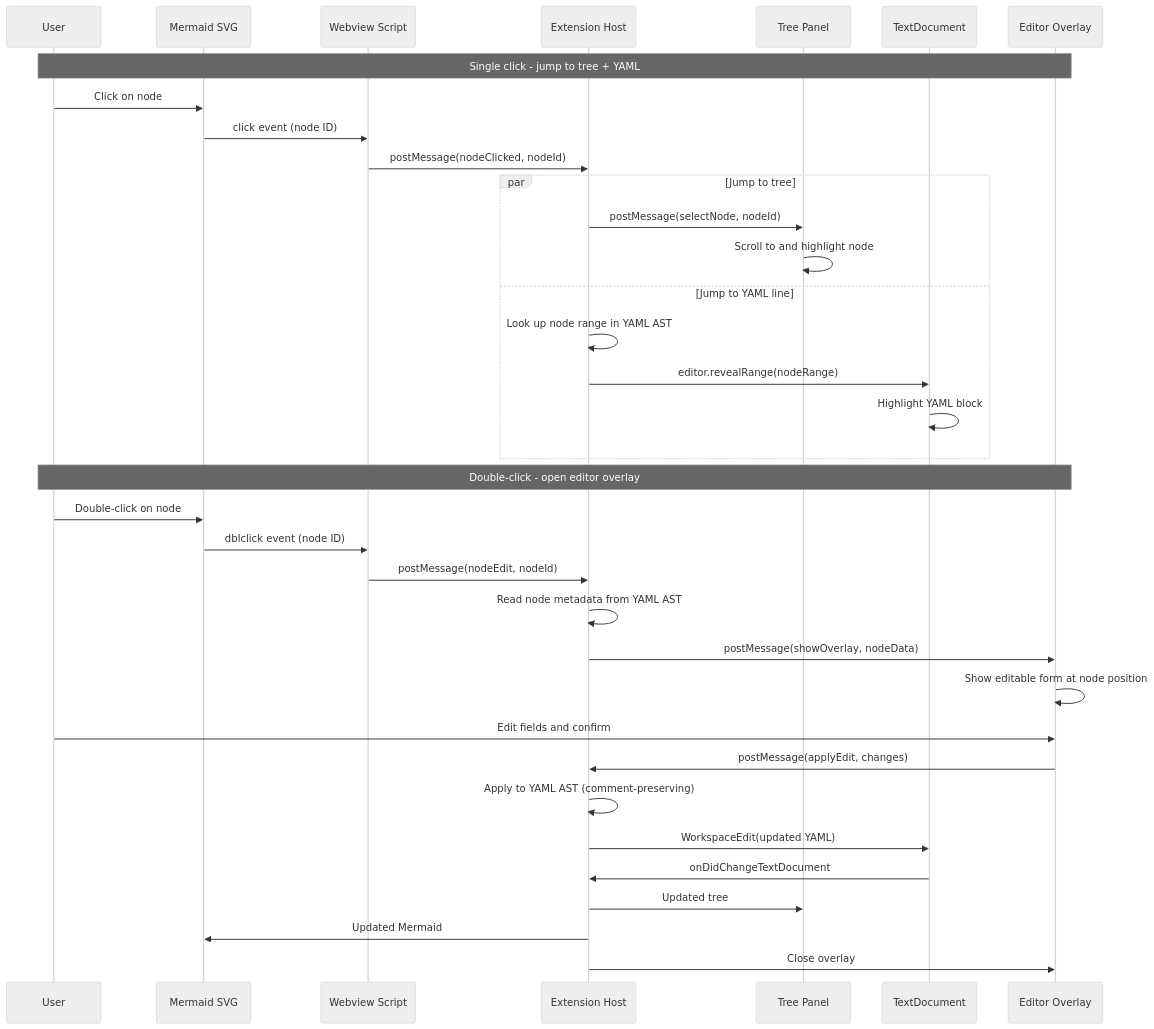
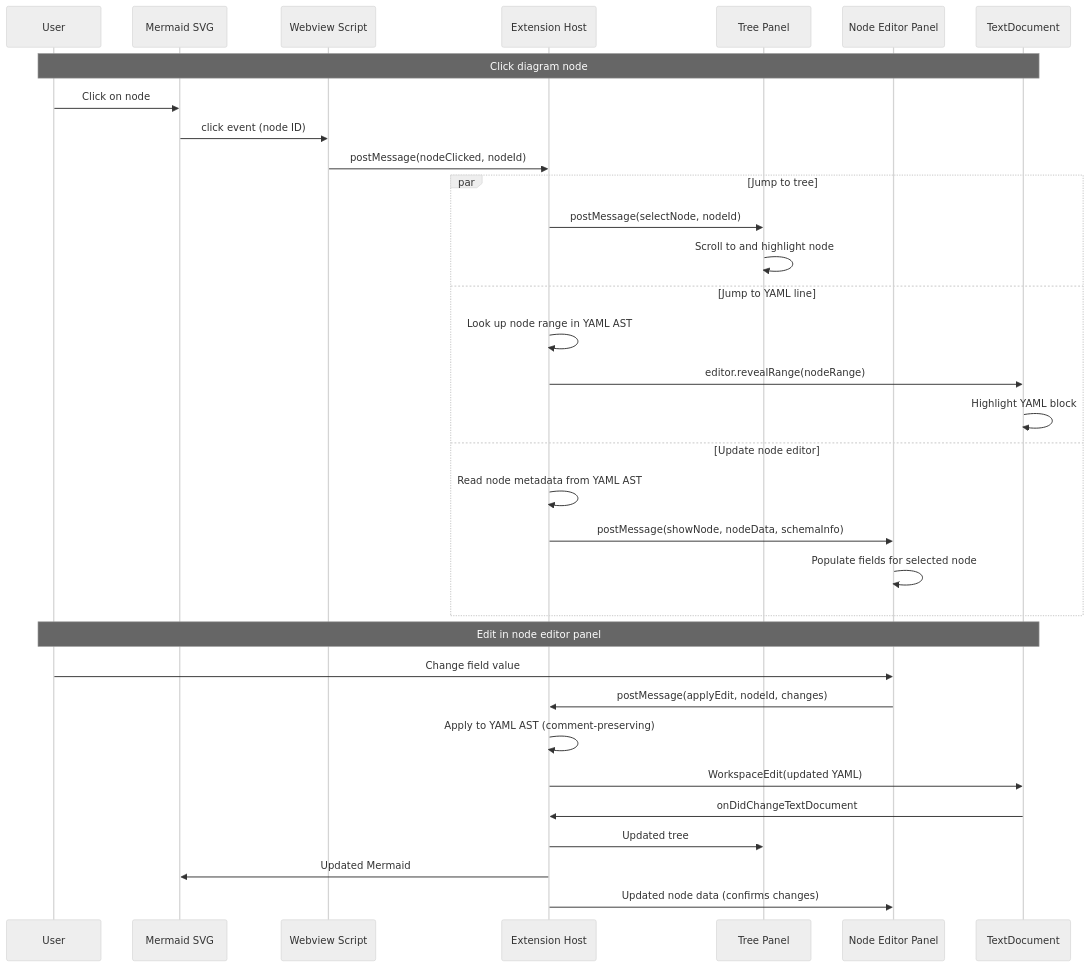
One commit to al-the-bear/tom_module_vscode changed diagram 15 of 35 in tom_vscode_extension/doc/yaml_graph.md. Above: the diagram before and after it, drawn with Mermaid (neutral theme). The commit also changed other lines of this file, not shown here.

Commit message:
Add node editor panel, config-only goal, converter callbacks, package integration strategy

````diff
--- a/tom_vscode_extension/doc/yaml_graph.md
+++ b/tom_vscode_extension/doc/yaml_graph.md
@@ -1206,41 +1336,38 @@
 ```mermaid
 sequenceDiagram
     participant User
     participant SVG as Mermaid SVG
     participant WV as Webview Script
     participant Ext as Extension Host
     participant Tree as Tree Panel
+    participant NE as Node Editor Panel
     participant Doc as TextDocument
-    participant Overlay as Editor Overlay
 
-    Note over User,Overlay: Single click - jump to tree + YAML
+    Note over User,Doc: Click diagram node
     User->>SVG: Click on node
     SVG->>WV: click event (node ID)
     WV->>Ext: postMessage(nodeClicked, nodeId)
 
     par Jump to tree
         Ext->>Tree: postMessage(selectNode, nodeId)
         Tree->>Tree: Scroll to and highlight node
     and Jump to YAML line
         Ext->>Ext: Look up node range in YAML AST
         Ext->>Doc: editor.revealRange(nodeRange)
         Doc->>Doc: Highlight YAML block
+    and Update node editor
+        Ext->>Ext: Read node metadata from YAML AST
+        Ext->>NE: postMessage(showNode, nodeData, schemaInfo)
+        NE->>NE: Populate fields for selected node
     end
 
-    Note over User,Overlay: Double-click - open editor overlay
-    User->>SVG: Double-click on node
-    SVG->>WV: dblclick event (node ID)
-    WV->>Ext: postMessage(nodeEdit, nodeId)
-    Ext->>Ext: Read node metadata from YAML AST
-    Ext->>Overlay: postMessage(showOverlay, nodeData)
-    Overlay->>Overlay: Show editable form at node position
-
-    User->>Overlay: Edit fields and confirm
-    Overlay->>Ext: postMessage(applyEdit, changes)
+    Note over User,Doc: Edit in node editor panel
+    User->>NE: Change field value
+    NE->>Ext: postMessage(applyEdit, nodeId, changes)
     Ext->>Ext: Apply to YAML AST (comment-preserving)
     Ext->>Doc: WorkspaceEdit(updated YAML)
     Doc->>Ext: onDidChangeTextDocument
     Ext->>Tree: Updated tree
     Ext->>SVG: Updated Mermaid
-    Ext->>Overlay: Close overlay
+    Ext->>NE: Updated node data (confirms changes)
 ```
````
